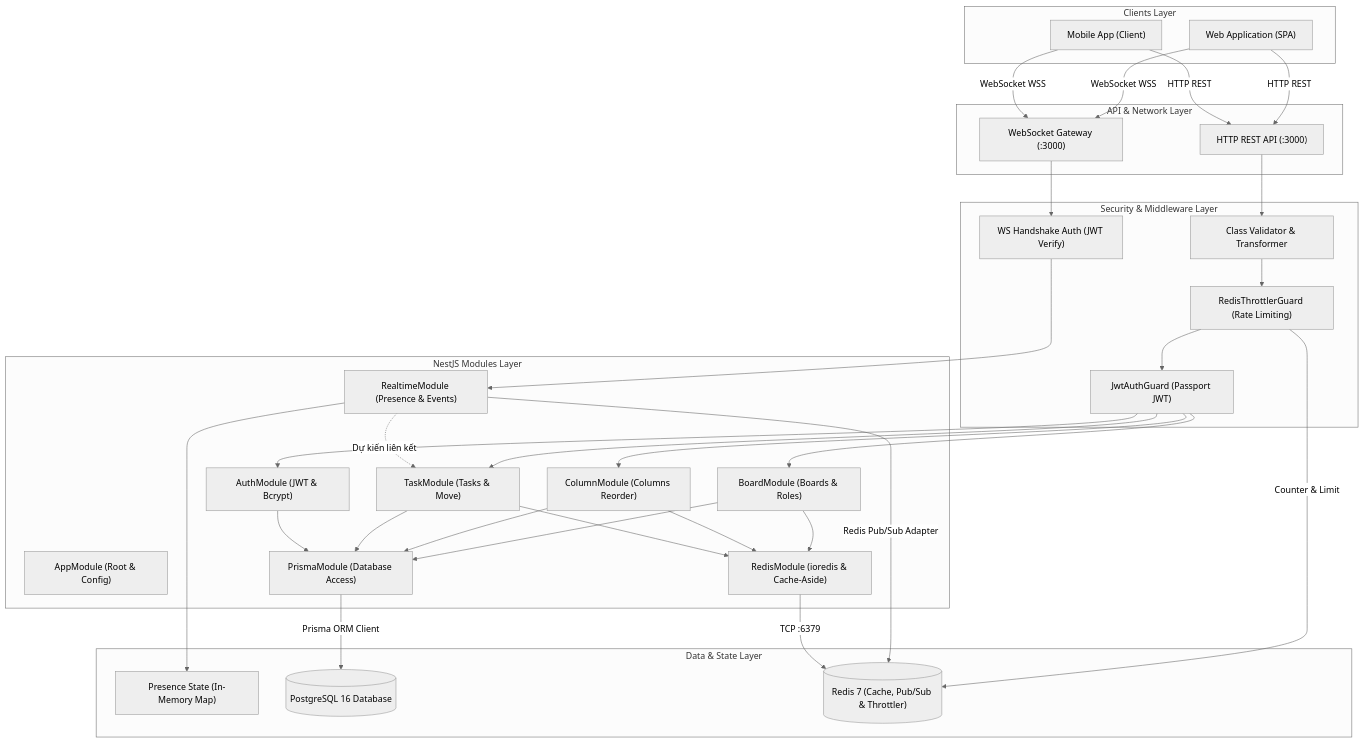
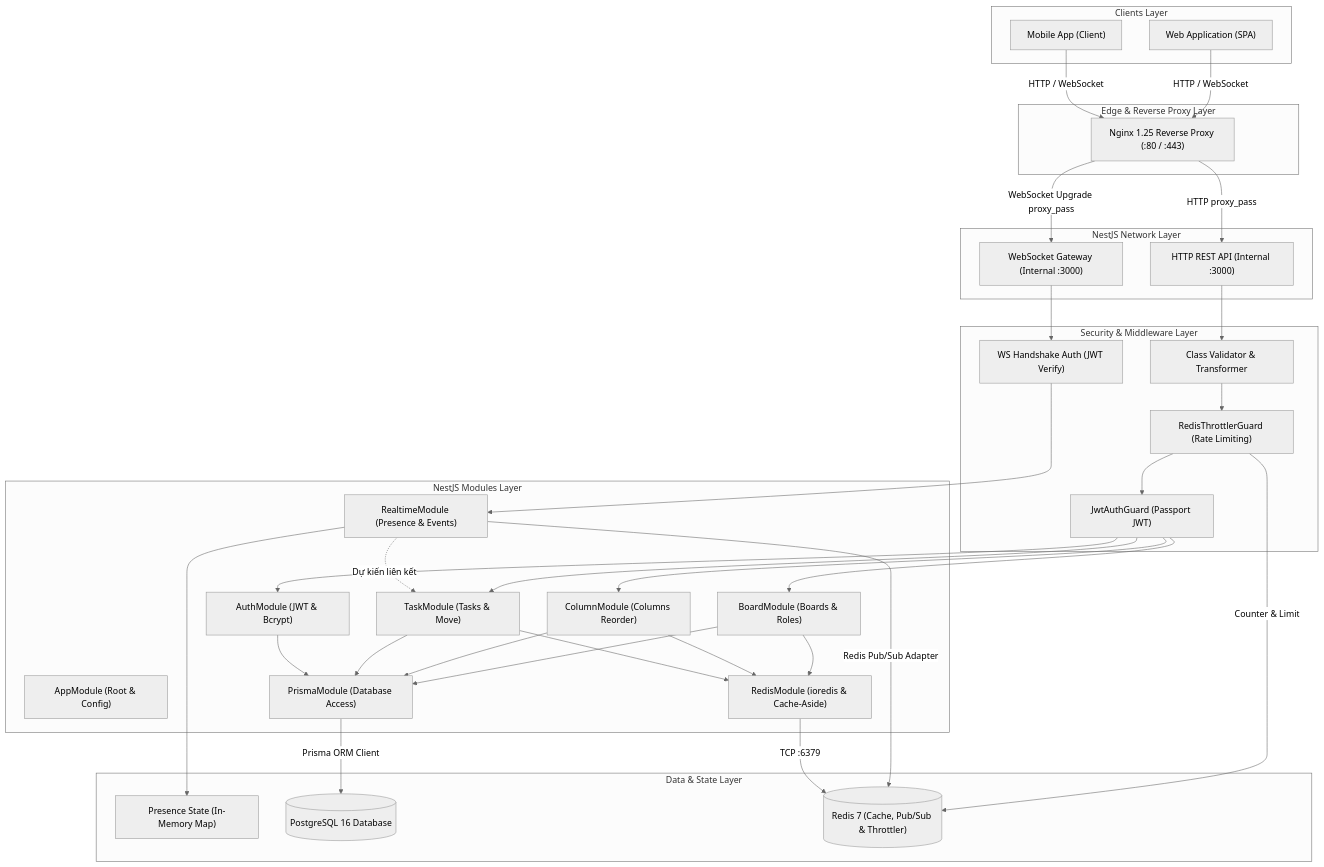
Before and after one commit to BambooSync/bamboo-sync-board-server: the first of 4 diagrams in docs/architecture.md, drawn with Mermaid (neutral theme). The commit also changed other lines of this file and 4 other files, not shown here.

Commit message:
feat(infra): setup nginx reverse proxy and load balancer for http and websocket

````diff
--- a/docs/architecture.md
+++ b/docs/architecture.md
@@ -11,67 +11,72 @@
 ```mermaid
 graph TB
     subgraph Clients["Clients Layer"]
         WebClient["Web Application (SPA)"]
         MobileClient["Mobile App (Client)"]
     end
 
-    subgraph EntryPoint["API & Network Layer"]
-        HttpEntry["HTTP REST API (:3000)"]
-        WsEntry["WebSocket Gateway (:3000)"]
+    subgraph ReverseProxy["Edge & Reverse Proxy Layer"]
+        NginxProxy["Nginx 1.25 Reverse Proxy (:80 / :443)"]
+    end
+
+    subgraph EntryPoint["NestJS Network Layer"]
+        HttpEntry["HTTP REST API (Internal :3000)"]
+        WsEntry["WebSocket Gateway (Internal :3000)"]
     end
 
     subgraph Security["Security & Middleware Layer"]
         ThrottlerGuard["RedisThrottlerGuard (Rate Limiting)"]
         JwtGuard["JwtAuthGuard (Passport JWT)"]
         WsAuth["WS Handshake Auth (JWT Verify)"]
         ValidationPipe["Class Validator & Transformer"]
     end
 
     subgraph Business["NestJS Modules Layer"]
         AppMod["AppModule (Root & Config)"]
         AuthMod["AuthModule (JWT & Bcrypt)"]
         BoardMod["BoardModule (Boards & Roles)"]
         ColMod["ColumnModule (Columns Reorder)"]
         TaskMod["TaskModule (Tasks & Move)"]
         RealtimeMod["RealtimeModule (Presence & Events)"]
         PrismaMod["PrismaModule (Database Access)"]
         RedisMod["RedisModule (ioredis & Cache-Aside)"]
     end
 
     subgraph StateAndStorage["Data & State Layer"]
         InMemoryState["Presence State (In-Memory Map)"]
         Postgres[("PostgreSQL 16 Database")]
         RedisContainer[("Redis 7 (Cache, Pub/Sub & Throttler)")]
     end
 
-    WebClient -->|HTTP REST| HttpEntry
-    MobileClient -->|HTTP REST| HttpEntry
-    WebClient -->|WebSocket WSS| WsEntry
-    MobileClient -->|WebSocket WSS| WsEntry
+    WebClient -->|HTTP / WebSocket| NginxProxy
+    MobileClient -->|HTTP / WebSocket| NginxProxy
+
+    NginxProxy -->|HTTP proxy_pass| HttpEntry
+    NginxProxy -->|WebSocket Upgrade proxy_pass| WsEntry
 
     HttpEntry --> ValidationPipe --> ThrottlerGuard --> JwtGuard
     ThrottlerGuard -->|Counter & Limit| RedisContainer
     WsEntry --> WsAuth
 
     JwtGuard --> AuthMod
     JwtGuard --> BoardMod
     JwtGuard --> ColMod
     JwtGuard --> TaskMod
 
     WsAuth --> RealtimeMod
     RealtimeMod --> InMemoryState
     RealtimeMod -->|Redis Pub/Sub Adapter| RedisContainer
     RealtimeMod -.->|Dự kiến liên kết| TaskMod
 
     BoardMod --> PrismaMod
     ColMod --> PrismaMod
     TaskMod --> PrismaMod
     AuthMod --> PrismaMod
 
     BoardMod --> RedisMod
     ColMod --> RedisMod
     TaskMod --> RedisMod
 
     RedisMod -->|TCP :6379| RedisContainer
     PrismaMod -->|Prisma ORM Client| Postgres
 ```
````
